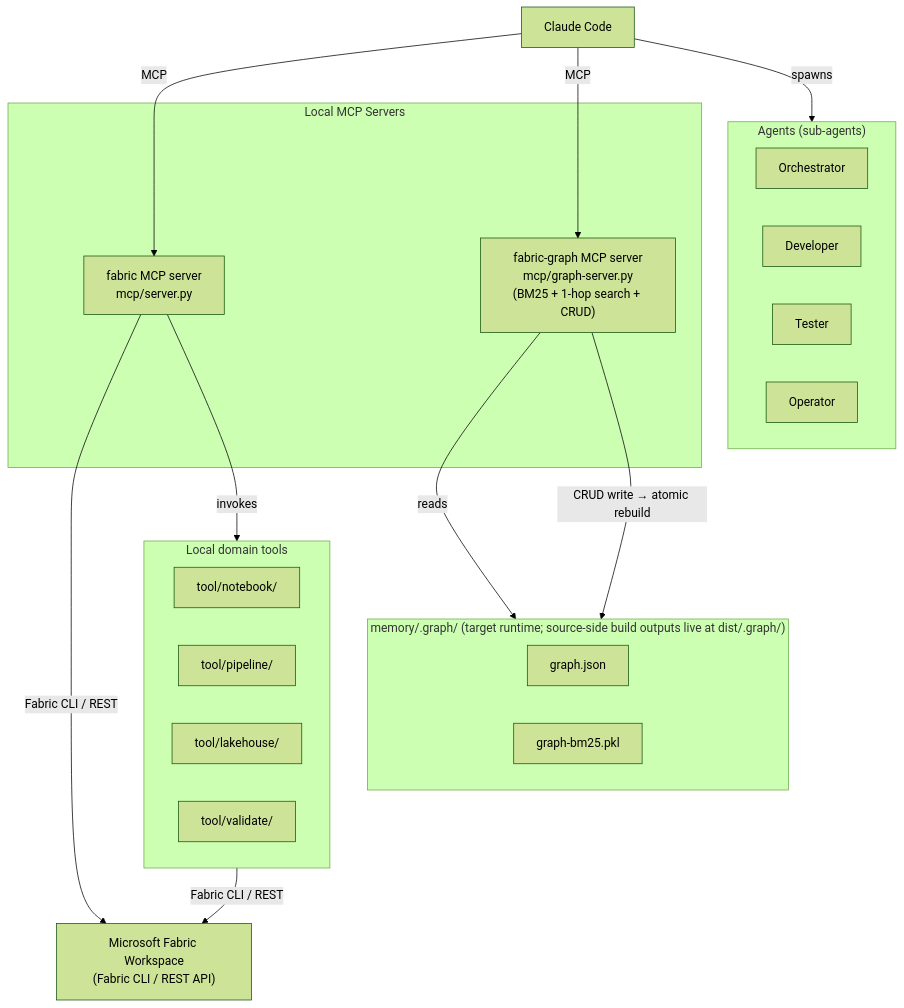
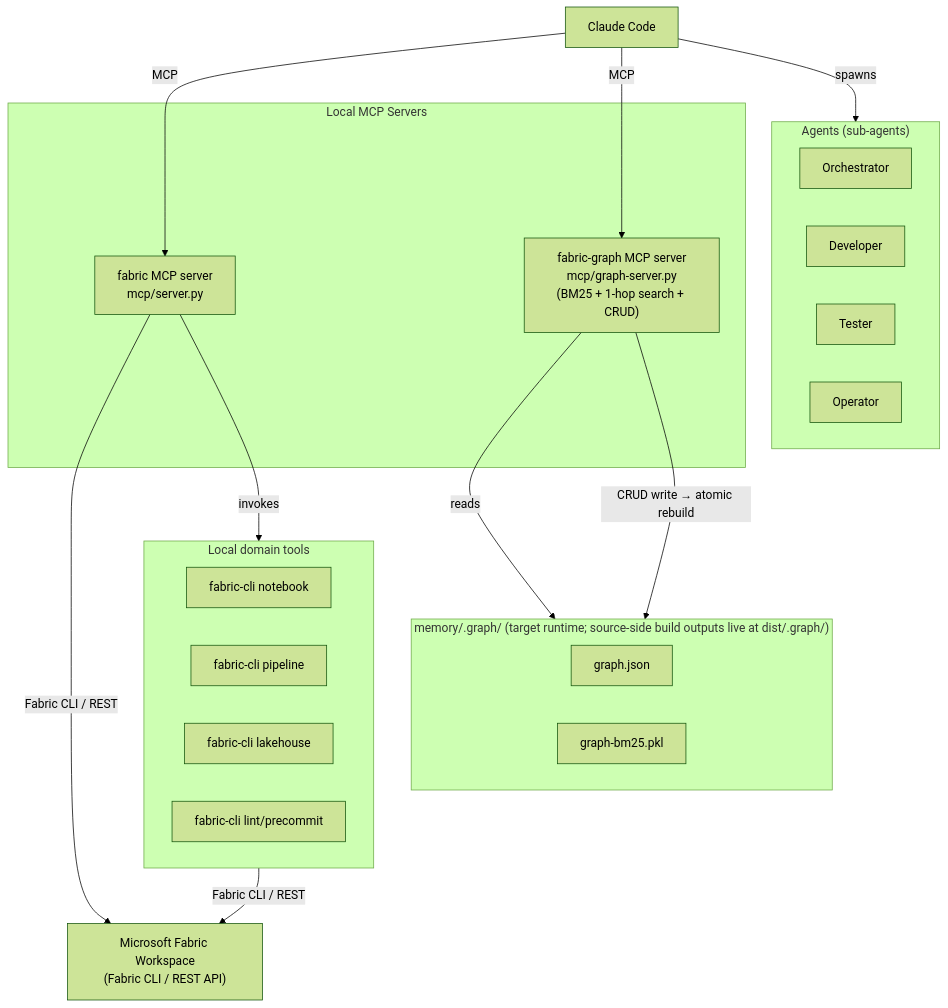
One commit to scardoso-lu/fabric-skills-settings changed the first of 2 diagrams in docs/architecture.md. Above: the diagram before and after it, drawn with Mermaid (forest theme). The commit also changed other lines of this file and 38 other files, not shown here.

````diff
--- a/docs/architecture.md
+++ b/docs/architecture.md
@@ -12,42 +12,42 @@
 ```mermaid
 flowchart TD
     CC["Claude Code"]
 
     subgraph Agents["Agents (sub-agents)"]
         ORC["Orchestrator"]
         DEV["Developer"]
         TST["Tester"]
         OPS["Operator"]
     end
 
     subgraph MCP["Local MCP Servers"]
         FAB["fabric MCP server\nmcp/server.py"]
         GRF["fabric-graph MCP server\nmcp/graph-server.py\n(BM25 + 1-hop search + CRUD)"]
     end
 
     subgraph GraphStore["memory/.graph/ (target runtime; source-side build outputs live at dist/.graph/)"]
         GJ["graph.json"]
         BM["graph-bm25.pkl"]
     end
 
     subgraph FabricTools["Local domain tools"]
-        TN["tool/notebook/"]
-        TP["tool/pipeline/"]
-        TL["tool/lakehouse/"]
-        TV["tool/validate/"]
+        TN["fabric-cli notebook"]
+        TP["fabric-cli pipeline"]
+        TL["fabric-cli lakehouse"]
+        TV["fabric-cli lint/precommit"]
     end
 
     MSF["Microsoft Fabric Workspace\n(Fabric CLI / REST API)"]
 
     CC -->|spawns| Agents
     CC -->|MCP| FAB
     CC -->|MCP| GRF
 
     FAB -->|Fabric CLI / REST| MSF
     FAB -->|invokes| FabricTools
     FabricTools -->|Fabric CLI / REST| MSF
 
     GRF -->|reads| GraphStore
     GRF -->|CRUD write → atomic rebuild| GraphStore
 
 ```
````
